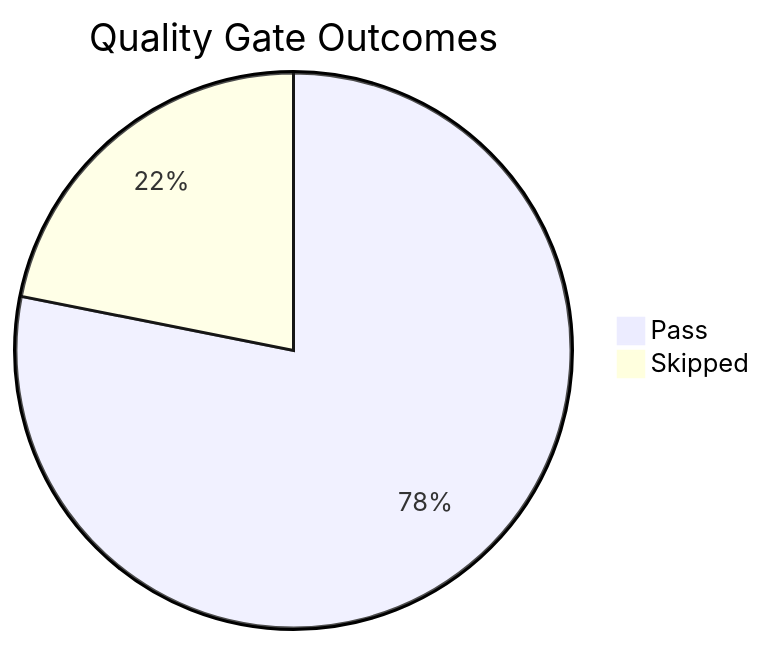
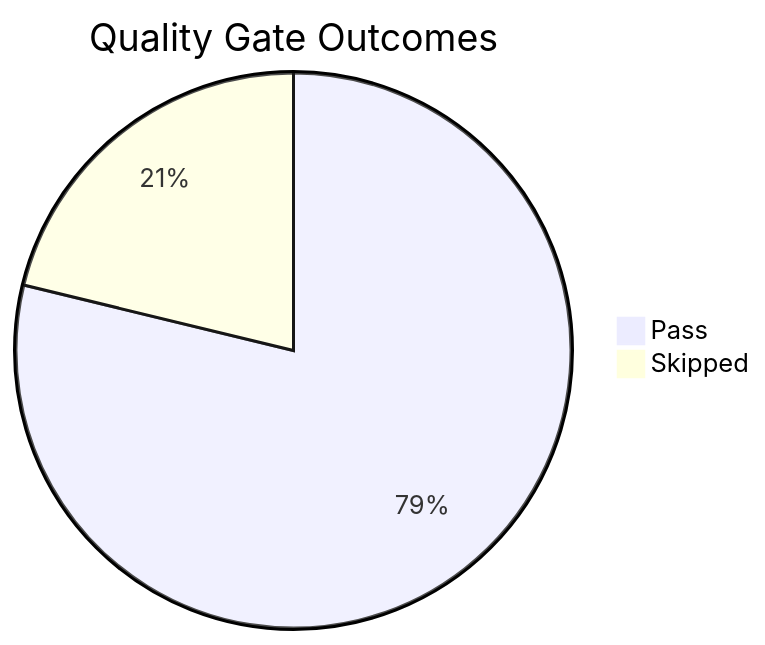
The diagram in docs/meta/golden-status.md (yeongseon/azure-app-service-practical-guide), drawn with Mermaid before and after one commit. The commit also changed other lines of this file and 6 other files, not shown here.

````diff
--- a/docs/meta/golden-status.md
+++ b/docs/meta/golden-status.md
@@ -42,5 +42,5 @@
 ```mermaid
 pie title Quality Gate Outcomes
-    "Pass" : 25
+    "Pass" : 26
     "Skipped" : 7
 ```
````
